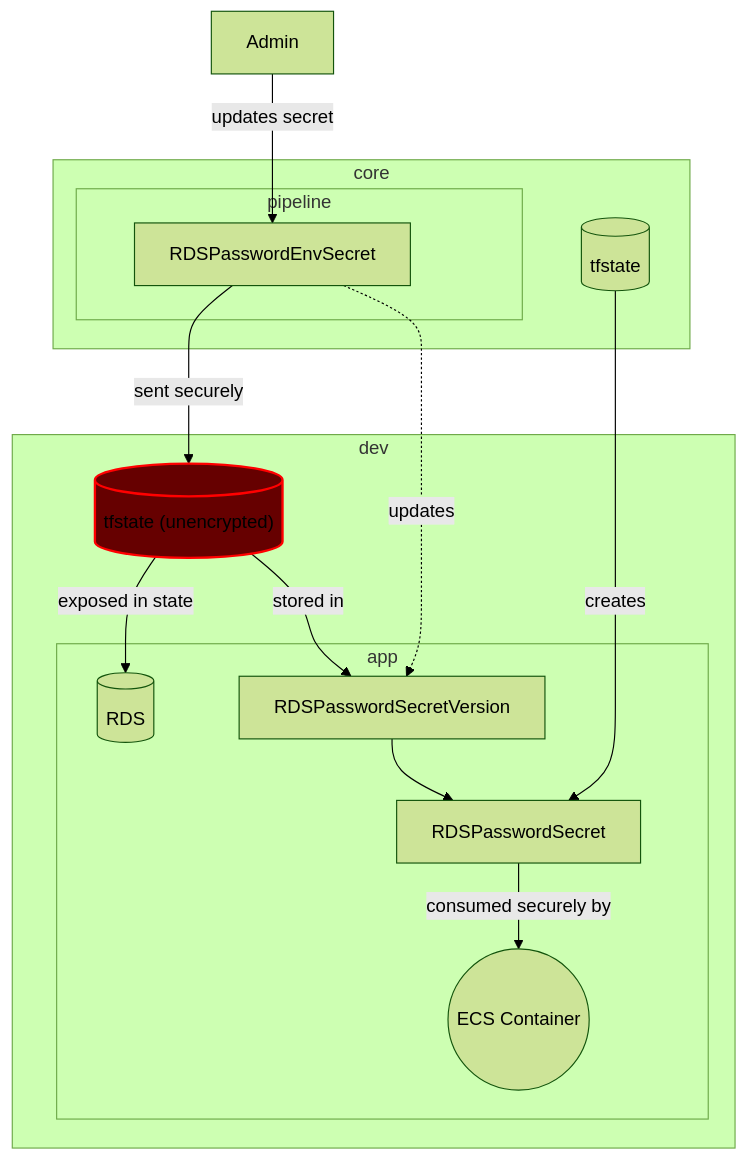
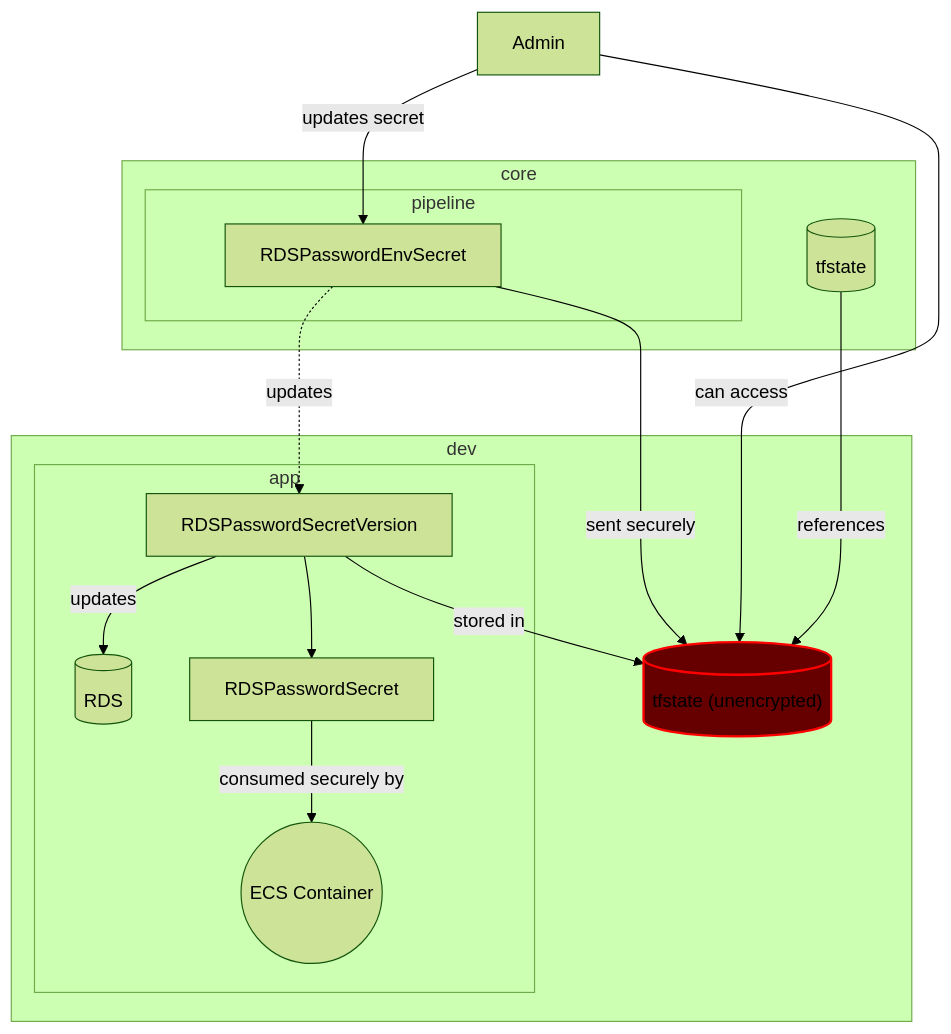
One commit to dukeofgaming/ipfs-metadata changed the diagram in docs/adrs/9 - Database  Pasword Security.md. Above: the diagram before and after it, drawn with Mermaid (forest theme). The commit also changed other lines of this file and 2 other files, not shown here.

Commit message:
Wired RDS to secret version and ECS to secret

````diff
--- a/docs/adrs/9 - Database  Pasword Security.md
+++ b/docs/adrs/9 - Database  Pasword Security.md
@@ -8,39 +8,40 @@
 ```mermaid
 graph 
     subgraph "core"
         CoreTerraformState[("tfstate")]
         subgraph "pipeline"
             RDSPasswordEnvSecret
         end
     end
 
 
     subgraph "dev"
         
         UnencryptedState[("tfstate (unencrypted)")]
         subgraph "app"
 
             RDS[("RDS")]    
 
             RDSPasswordSecret
             RDSPasswordSecretVersion --> RDSPasswordSecret
             ECS(("ECS Container"))
             
         end
 
-        UnencryptedState-- stored in --> RDSPasswordSecretVersion
-        UnencryptedState-- exposed in state --> RDS
+        RDSPasswordSecretVersion -- stored in --> UnencryptedState
+        RDSPasswordSecretVersion-- updates --> RDS
         RDSPasswordSecret -- consumed securely by --> ECS
 
         RDSPasswordEnvSecret -- sent securely --> UnencryptedState
         RDSPasswordEnvSecret -. updates .-> RDSPasswordSecretVersion
 
         style UnencryptedState stroke:#f00, stroke-width:2px, fill:#600
 
     end
 
     Admin -- updates secret --> RDSPasswordEnvSecret
-    CoreTerraformState -- creates --> RDSPasswordSecret
+    Admin -- can access --> UnencryptedState
+    CoreTerraformState -- references --> UnencryptedState
 
 
 ```
````
